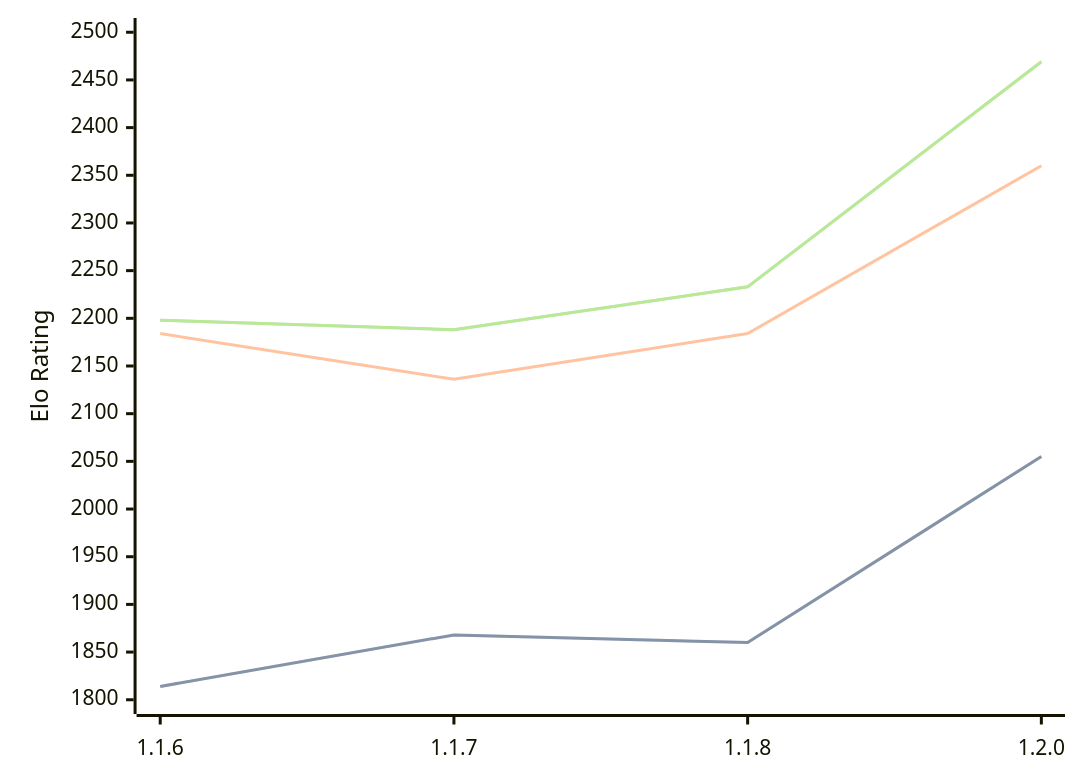
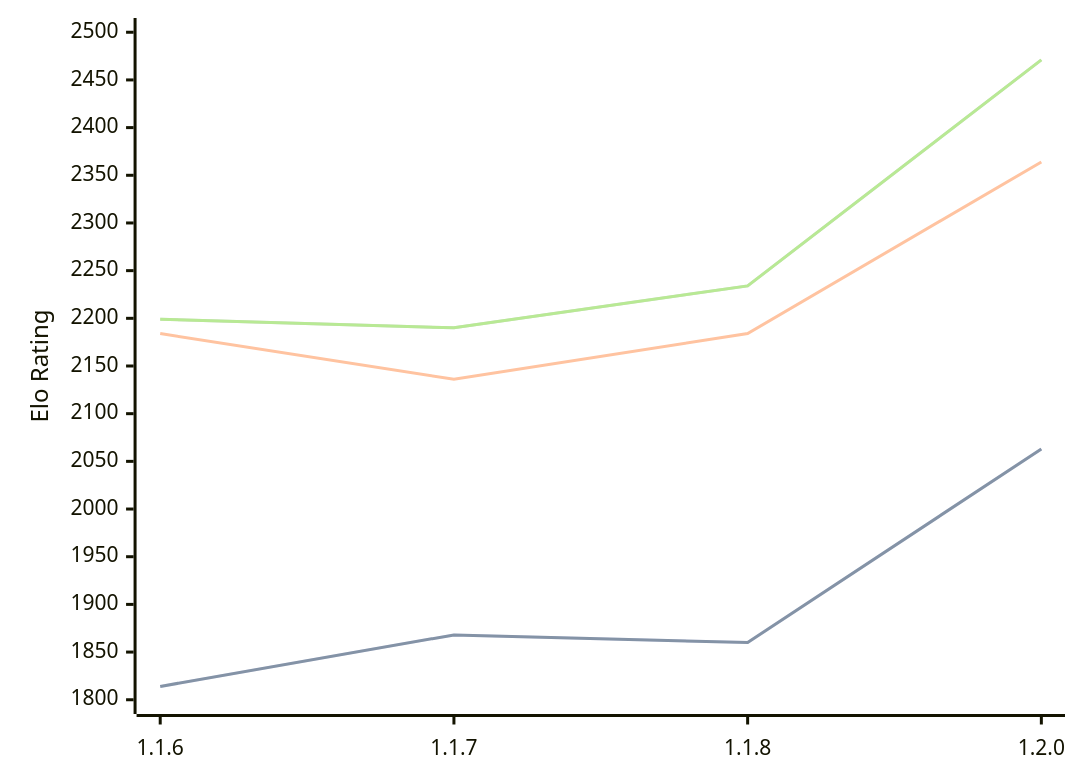
One commit to computer-chess-index/cci changed the diagram in engines/Soomi.md. Above: the diagram before and after it, drawn with Mermaid. The commit also changed other lines of this file, not shown here.

Commit message:
Update CCI Ratings (ELO VLTC) - 2026-04-22

````diff
--- a/engines/Soomi.md
+++ b/engines/Soomi.md
@@ -34,11 +34,11 @@
 ```mermaid
 %%{init: {"theme":"base","themeVariables":{"seriesColors:['#a3a3a3','#222221','#faa371']}}}%%
 xychart-beta
   x-axis ["1.1.6", "1.1.7", "1.1.8", "1.2.0"]
   y-axis "Elo Rating" 1800 --> 2500
-  line "STC (8.0+0.08s)" [1814, 1868, 1860, 2055]
-  line "STC (8.0+0.08s)" [1814, 1868, 1860, 2055]
-  line "LTC (60.0+0.60s)" [2184, 2136, 2184, 2360]
-  line "VLTC (2m24s+1.12s)" [2198, 2188, 2233, 2469]
-  line "VLTC (2m24s+1.12s)" [2198, 2188, 2233, 2469]
+  line "STC (8.0+0.08s)" [1814, 1868, 1860, 2063]
+  line "STC (8.0+0.08s)" [1814, 1868, 1860, 2063]
+  line "LTC (60.0+0.60s)" [2184, 2136, 2184, 2364]
+  line "VLTC (2m24s+1.12s)" [2199, 2190, 2234, 2471]
+  line "VLTC (2m24s+1.12s)" [2199, 2190, 2234, 2471]
 ```
````
